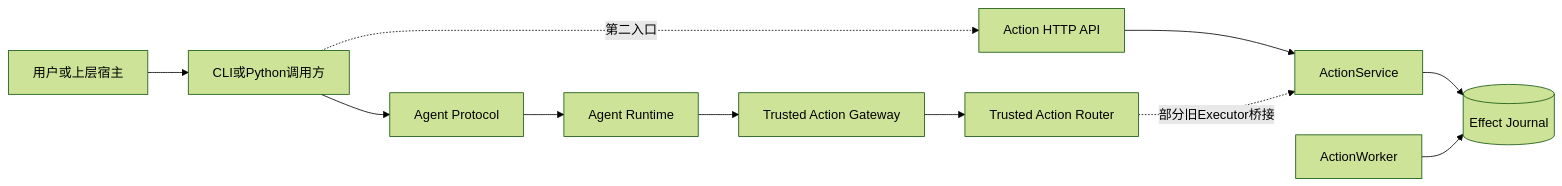
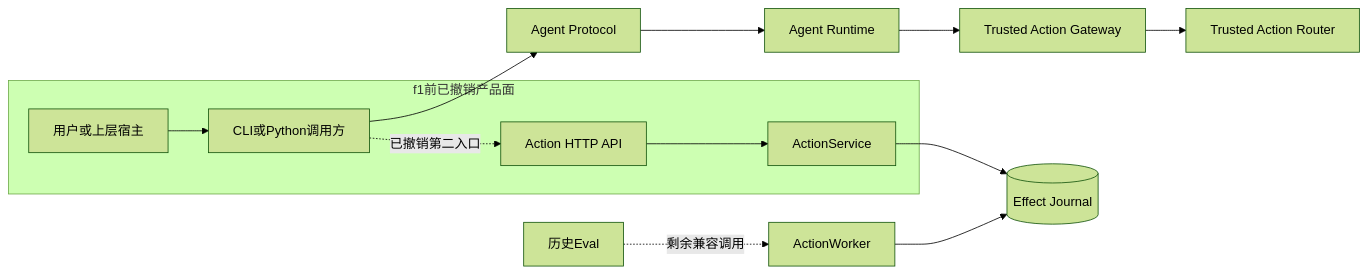
The first of 5 diagrams in docs/changes/m09-1f-single-product-runtime-convergence.md (carrie1988/Harnessix), drawn with Mermaid (forest theme) before and after one commit. The commit also changed other lines of this file and 16 other files, not shown here.

````diff
--- a/docs/changes/m09-1f-single-product-runtime-convergence.md
+++ b/docs/changes/m09-1f-single-product-runtime-convergence.md
@@ -93,13 +93,15 @@
 ```mermaid
 flowchart LR
+    subgraph Before[f1前已撤销产品面]
     User[用户或上层宿主] --> Client[CLI或Python调用方]
+    Client -.已撤销第二入口.-> API[Action HTTP API]
+    API --> Service[ActionService]
+    end
     Client --> Protocol[Agent Protocol]
     Protocol --> Agent[Agent Runtime]
     Agent --> Gateway[Trusted Action Gateway]
     Gateway --> Router[Trusted Action Router]
-    Client -.第二入口.-> API[Action HTTP API]
-    API --> Service[ActionService]
     Service --> Journal[(Effect Journal)]
     Worker[ActionWorker] --> Journal
-    Router -.部分旧Executor桥接.-> Service
+    Eval[历史Eval] -.剩余兼容调用.-> Worker
 ```
````
